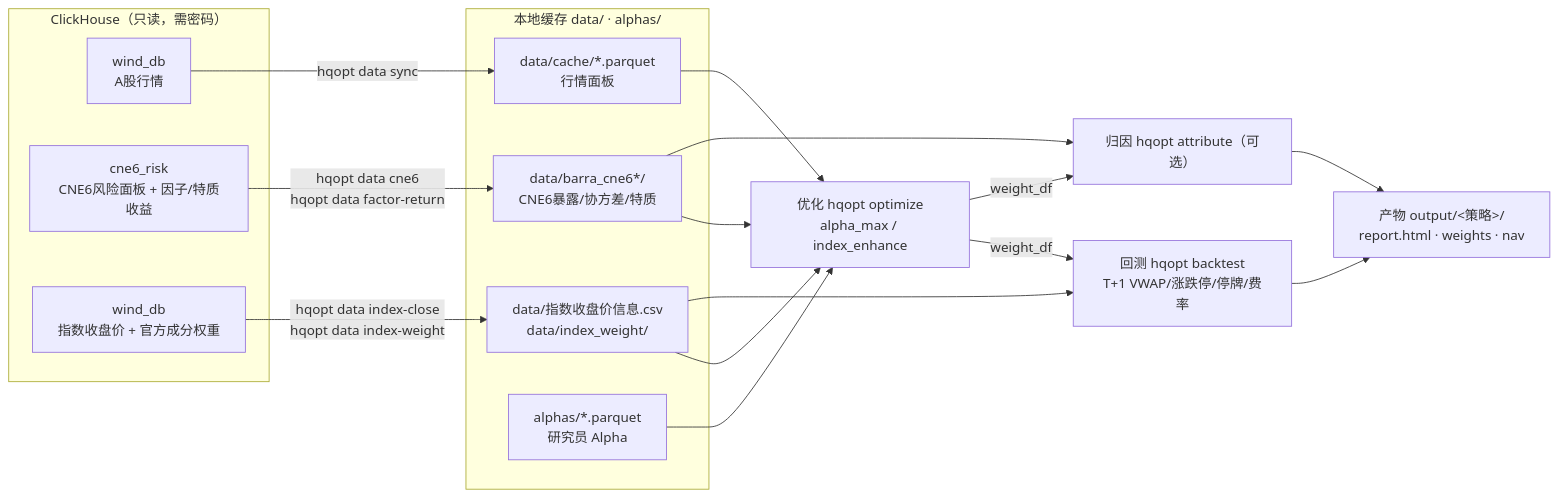
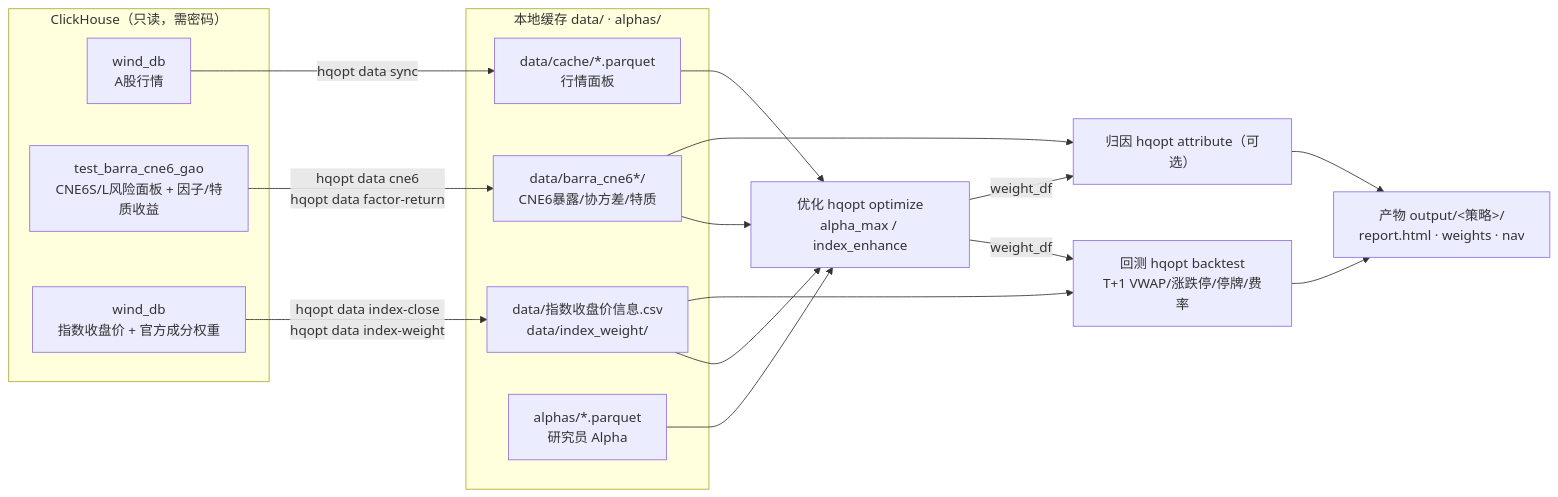
One commit to gaojn/HistQuantOpt changed the diagram in docs/操作指南.md. Above: the diagram before and after it, drawn with Mermaid. The commit also changed other lines of this file and 60 other files, not shown here.

````diff
--- a/docs/操作指南.md
+++ b/docs/操作指南.md
@@ -33,32 +33,32 @@
 ```mermaid
 flowchart LR
     subgraph CH["ClickHouse（只读，需密码）"]
         A1["wind_db<br/>A股行情"]
-        A2["cne6_risk<br/>CNE6风险面板 + 因子/特质收益"]
+        A2["test_barra_cne6_gao<br/>CNE6S/L风险面板 + 因子/特质收益"]
         A3["wind_db<br/>指数收盘价 + 官方成分权重"]
     end
     subgraph LOCAL["本地缓存 data/ · alphas/"]
         B1["data/cache/*.parquet<br/>行情面板"]
         B2["data/barra_cne6*/<br/>CNE6暴露/协方差/特质"]
         B3["data/指数收盘价信息.csv<br/>data/index_weight/"]
         B4["alphas/*.parquet<br/>研究员 Alpha"]
     end
     C["优化 hqopt optimize<br/>alpha_max / index_enhance"]
     D["回测 hqopt backtest<br/>T+1 VWAP/涨跌停/停牌/费率"]
     E["归因 hqopt attribute（可选）"]
     F["产物 output/&lt;策略&gt;/<br/>report.html · weights · nav"]
 
     A1 -- "hqopt data sync" --> B1
     A2 -- "hqopt data cne6<br/>hqopt data factor-return" --> B2
     A3 -- "hqopt data index-close<br/>hqopt data index-weight" --> B3
     B1 --> C
     B2 --> C
     B3 --> C
     B4 --> C
     C -- "weight_df" --> D
     B3 --> D
     D --> F
     C -- "weight_df" --> E
     B2 --> E
     E --> F
 ```
````
